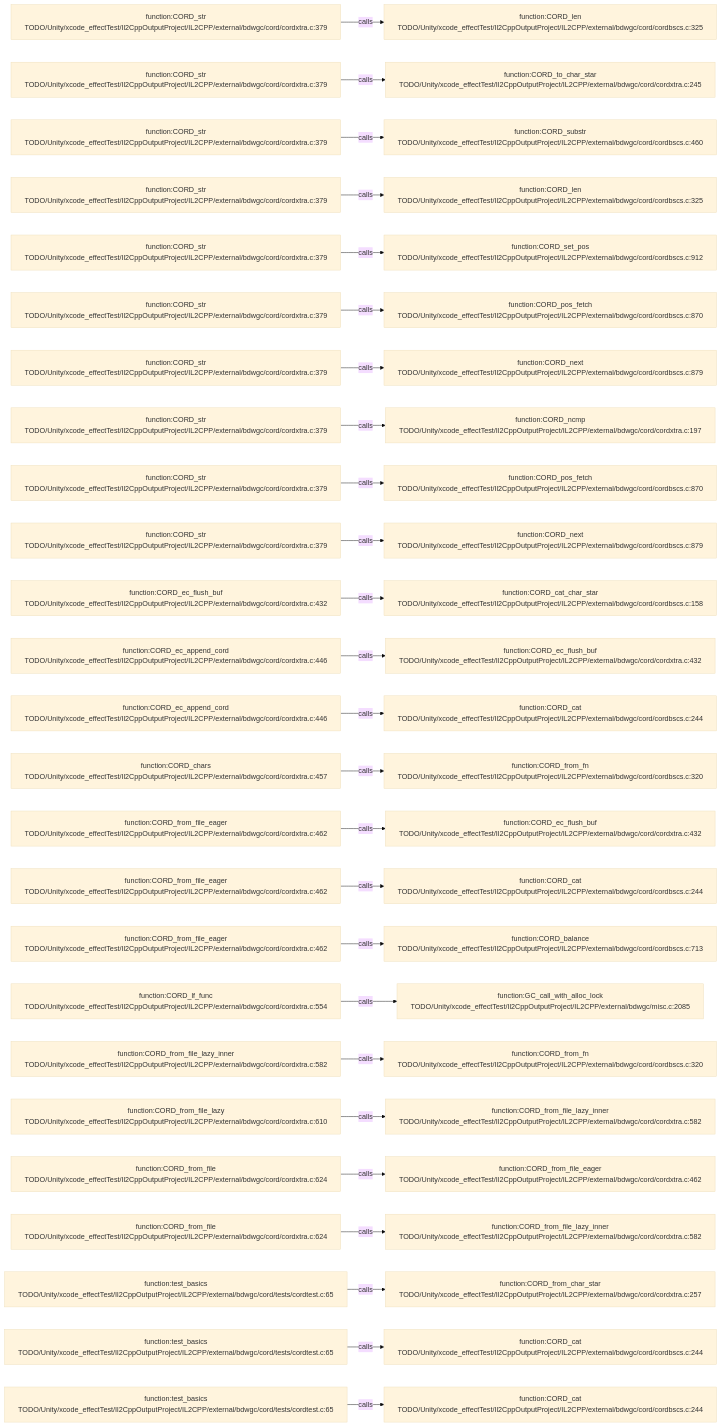
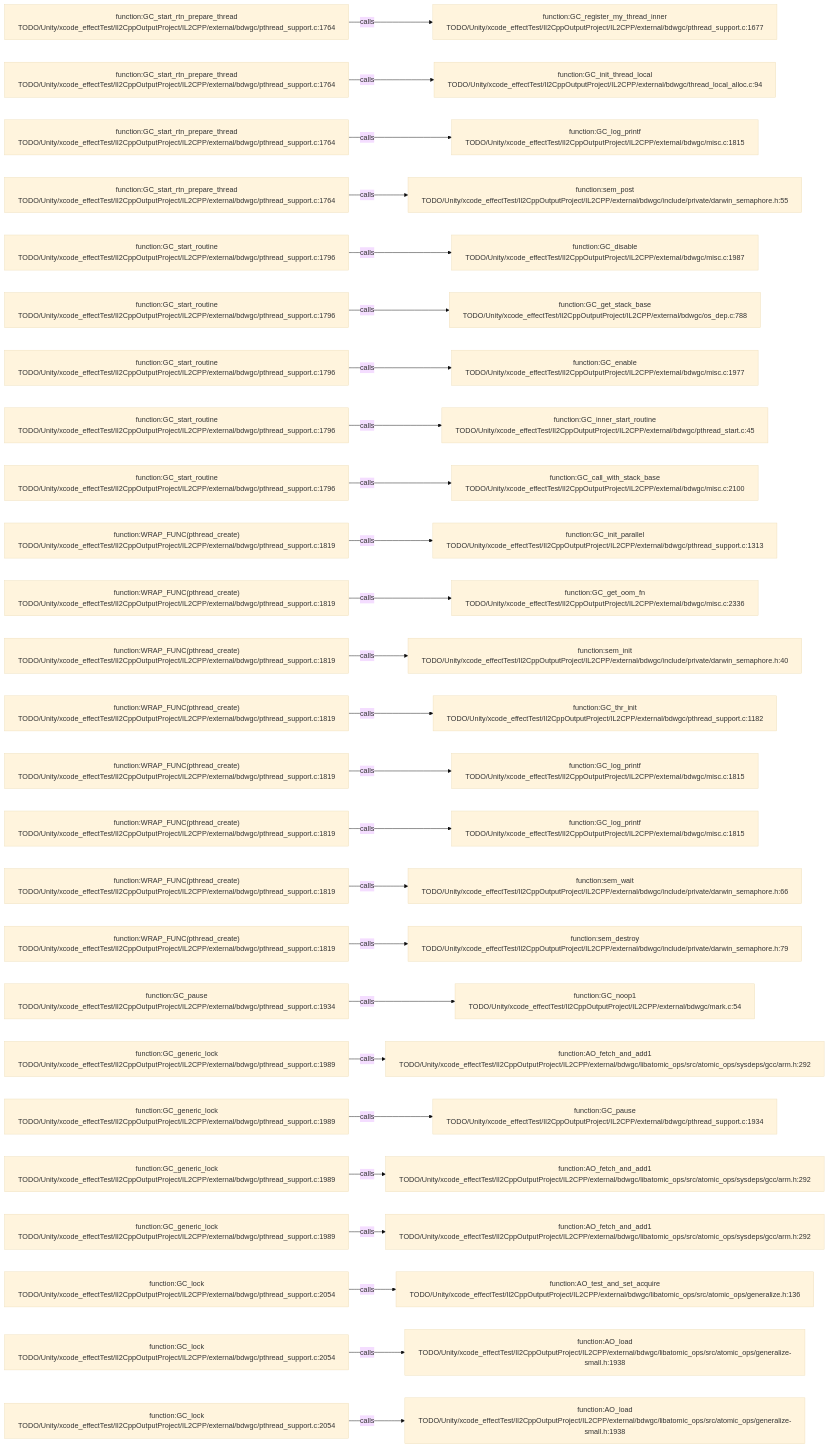
One commit to JobsKits/JobsSwiftBaseConfigDemo changed the diagram in .codegraph/codegraph.md/graphs/calls-155.md. Above: the diagram before and after it, drawn with Mermaid (base theme). The commit also changed 227 other files, not shown here.

````diff
--- a/.codegraph/codegraph.md/graphs/calls-155.md
+++ b/.codegraph/codegraph.md/graphs/calls-155.md
@@ -13,78 +13,78 @@
 ```mermaid
 flowchart LR
-  S1["function:CORD_str<br/>TODO/Unity/xcode_effectTest/Il2CppOutputProject/IL2CPP/external/bdwgc/cord/cordxtra.c:379"]
-  T1["function:CORD_len<br/>TODO/Unity/xcode_effectTest/Il2CppOutputProject/IL2CPP/external/bdwgc/cord/cordbscs.c:325"]
+  S1["function:GC_start_rtn_prepare_thread<br/>TODO/Unity/xcode_effectTest/Il2CppOutputProject/IL2CPP/external/bdwgc/pthread_support.c:1764"]
+  T1["function:GC_register_my_thread_inner<br/>TODO/Unity/xcode_effectTest/Il2CppOutputProject/IL2CPP/external/bdwgc/pthread_support.c:1677"]
   S1 -->|calls| T1
-  S2["function:CORD_str<br/>TODO/Unity/xcode_effectTest/Il2CppOutputProject/IL2CPP/external/bdwgc/cord/cordxtra.c:379"]
-  T2["function:CORD_to_char_star<br/>TODO/Unity/xcode_effectTest/Il2CppOutputProject/IL2CPP/external/bdwgc/cord/cordxtra.c:245"]
+  S2["function:GC_start_rtn_prepare_thread<br/>TODO/Unity/xcode_effectTest/Il2CppOutputProject/IL2CPP/external/bdwgc/pthread_support.c:1764"]
+  T2["function:GC_init_thread_local<br/>TODO/Unity/xcode_effectTest/Il2CppOutputProject/IL2CPP/external/bdwgc/thread_local_alloc.c:94"]
   S2 -->|calls| T2
-  S3["function:CORD_str<br/>TODO/Unity/xcode_effectTest/Il2CppOutputProject/IL2CPP/external/bdwgc/cord/cordxtra.c:379"]
-  T3["function:CORD_substr<br/>TODO/Unity/xcode_effectTest/Il2CppOutputProject/IL2CPP/external/bdwgc/cord/cordbscs.c:460"]
+  S3["function:GC_start_rtn_prepare_thread<br/>TODO/Unity/xcode_effectTest/Il2CppOutputProject/IL2CPP/external/bdwgc/pthread_support.c:1764"]
+  T3["function:GC_log_printf<br/>TODO/Unity/xcode_effectTest/Il2CppOutputProject/IL2CPP/external/bdwgc/misc.c:1815"]
   S3 -->|calls| T3
-  S4["function:CORD_str<br/>TODO/Unity/xcode_effectTest/Il2CppOutputProject/IL2CPP/external/bdwgc/cord/cordxtra.c:379"]
-  T4["function:CORD_len<br/>TODO/Unity/xcode_effectTest/Il2CppOutputProject/IL2CPP/external/bdwgc/cord/cordbscs.c:325"]
+  S4["function:GC_start_rtn_prepare_thread<br/>TODO/Unity/xcode_effectTest/Il2CppOutputProject/IL2CPP/external/bdwgc/pthread_support.c:1764"]
+  T4["function:sem_post<br/>TODO/Unity/xcode_effectTest/Il2CppOutputProject/IL2CPP/external/bdwgc/include/private/darwin_semaphore.h:55"]
   S4 -->|calls| T4
-  S5["function:CORD_str<br/>TODO/Unity/xcode_effectTest/Il2CppOutputProject/IL2CPP/external/bdwgc/cord/cordxtra.c:379"]
-  T5["function:CORD_set_pos<br/>TODO/Unity/xcode_effectTest/Il2CppOutputProject/IL2CPP/external/bdwgc/cord/cordbscs.c:912"]
+  S5["function:GC_start_routine<br/>TODO/Unity/xcode_effectTest/Il2CppOutputProject/IL2CPP/external/bdwgc/pthread_support.c:1796"]
+  T5["function:GC_disable<br/>TODO/Unity/xcode_effectTest/Il2CppOutputProject/IL2CPP/external/bdwgc/misc.c:1987"]
   S5 -->|calls| T5
-  S6["function:CORD_str<br/>TODO/Unity/xcode_effectTest/Il2CppOutputProject/IL2CPP/external/bdwgc/cord/cordxtra.c:379"]
-  T6["function:CORD_pos_fetch<br/>TODO/Unity/xcode_effectTest/Il2CppOutputProject/IL2CPP/external/bdwgc/cord/cordbscs.c:870"]
+  S6["function:GC_start_routine<br/>TODO/Unity/xcode_effectTest/Il2CppOutputProject/IL2CPP/external/bdwgc/pthread_support.c:1796"]
+  T6["function:GC_get_stack_base<br/>TODO/Unity/xcode_effectTest/Il2CppOutputProject/IL2CPP/external/bdwgc/os_dep.c:788"]
   S6 -->|calls| T6
-  S7["function:CORD_str<br/>TODO/Unity/xcode_effectTest/Il2CppOutputProject/IL2CPP/external/bdwgc/cord/cordxtra.c:379"]
-  T7["function:CORD_next<br/>TODO/Unity/xcode_effectTest/Il2CppOutputProject/IL2CPP/external/bdwgc/cord/cordbscs.c:879"]
+  S7["function:GC_start_routine<br/>TODO/Unity/xcode_effectTest/Il2CppOutputProject/IL2CPP/external/bdwgc/pthread_support.c:1796"]
+  T7["function:GC_enable<br/>TODO/Unity/xcode_effectTest/Il2CppOutputProject/IL2CPP/external/bdwgc/misc.c:1977"]
   S7 -->|calls| T7
-  S8["function:CORD_str<br/>TODO/Unity/xcode_effectTest/Il2CppOutputProject/IL2CPP/external/bdwgc/cord/cordxtra.c:379"]
-  T8["function:CORD_ncmp<br/>TODO/Unity/xcode_effectTest/Il2CppOutputProject/IL2CPP/external/bdwgc/cord/cordxtra.c:197"]
+  S8["function:GC_start_routine<br/>TODO/Unity/xcode_effectTest/Il2CppOutputProject/IL2CPP/external/bdwgc/pthread_support.c:1796"]
+  T8["function:GC_inner_start_routine<br/>TODO/Unity/xcode_effectTest/Il2CppOutputProject/IL2CPP/external/bdwgc/pthread_start.c:45"]
   S8 -->|calls| T8
-  S9["function:CORD_str<br/>TODO/Unity/xcode_effectTest/Il2CppOutputProject/IL2CPP/external/bdwgc/cord/cordxtra.c:379"]
-  T9["function:CORD_pos_fetch<br/>TODO/Unity/xcode_effectTest/Il2CppOutputProject/IL2CPP/external/bdwgc/cord/cordbscs.c:870"]
+  S9["function:GC_start_routine<br/>TODO/Unity/xcode_effectTest/Il2CppOutputProject/IL2CPP/external/bdwgc/pthread_support.c:1796"]
+  T9["function:GC_call_with_stack_base<br/>TODO/Unity/xcode_effectTest/Il2CppOutputProject/IL2CPP/external/bdwgc/misc.c:2100"]
   S9 -->|calls| T9
-  S10["function:CORD_str<br/>TODO/Unity/xcode_effectTest/Il2CppOutputProject/IL2CPP/external/bdwgc/cord/cordxtra.c:379"]
-  T10["function:CORD_next<br/>TODO/Unity/xcode_effectTest/Il2CppOutputProject/IL2CPP/external/bdwgc/cord/cordbscs.c:879"]
+  S10["function:WRAP_FUNC(pthread_create)<br/>TODO/Unity/xcode_effectTest/Il2CppOutputProject/IL2CPP/external/bdwgc/pthread_support.c:1819"]
+  T10["function:GC_init_parallel<br/>TODO/Unity/xcode_effectTest/Il2CppOutputProject/IL2CPP/external/bdwgc/pthread_support.c:1313"]
   S10 -->|calls| T10
-  S11["function:CORD_ec_flush_buf<br/>TODO/Unity/xcode_effectTest/Il2CppOutputProject/IL2CPP/external/bdwgc/cord/cordxtra.c:432"]
-  T11["function:CORD_cat_char_star<br/>TODO/Unity/xcode_effectTest/Il2CppOutputProject/IL2CPP/external/bdwgc/cord/cordbscs.c:158"]
+  S11["function:WRAP_FUNC(pthread_create)<br/>TODO/Unity/xcode_effectTest/Il2CppOutputProject/IL2CPP/external/bdwgc/pthread_support.c:1819"]
+  T11["function:GC_get_oom_fn<br/>TODO/Unity/xcode_effectTest/Il2CppOutputProject/IL2CPP/external/bdwgc/misc.c:2336"]
   S11 -->|calls| T11
-  S12["function:CORD_ec_append_cord<br/>TODO/Unity/xcode_effectTest/Il2CppOutputProject/IL2CPP/external/bdwgc/cord/cordxtra.c:446"]
-  T12["function:CORD_ec_flush_buf<br/>TODO/Unity/xcode_effectTest/Il2CppOutputProject/IL2CPP/external/bdwgc/cord/cordxtra.c:432"]
+  S12["function:WRAP_FUNC(pthread_create)<br/>TODO/Unity/xcode_effectTest/Il2CppOutputProject/IL2CPP/external/bdwgc/pthread_support.c:1819"]
+  T12["function:sem_init<br/>TODO/Unity/xcode_effectTest/Il2CppOutputProject/IL2CPP/external/bdwgc/include/private/darwin_semaphore.h:40"]
   S12 -->|calls| T12
-  S13["function:CORD_ec_append_cord<br/>TODO/Unity/xcode_effectTest/Il2CppOutputProject/IL2CPP/external/bdwgc/cord/cordxtra.c:446"]
-  T13["function:CORD_cat<br/>TODO/Unity/xcode_effectTest/Il2CppOutputProject/IL2CPP/external/bdwgc/cord/cordbscs.c:244"]
+  S13["function:WRAP_FUNC(pthread_create)<br/>TODO/Unity/xcode_effectTest/Il2CppOutputProject/IL2CPP/external/bdwgc/pthread_support.c:1819"]
+  T13["function:GC_thr_init<br/>TODO/Unity/xcode_effectTest/Il2CppOutputProject/IL2CPP/external/bdwgc/pthread_support.c:1182"]
   S13 -->|calls| T13
-  S14["function:CORD_chars<br/>TODO/Unity/xcode_effectTest/Il2CppOutputProject/IL2CPP/external/bdwgc/cord/cordxtra.c:457"]
-  T14["function:CORD_from_fn<br/>TODO/Unity/xcode_effectTest/Il2CppOutputProject/IL2CPP/external/bdwgc/cord/cordbscs.c:320"]
+  S14["function:WRAP_FUNC(pthread_create)<br/>TODO/Unity/xcode_effectTest/Il2CppOutputProject/IL2CPP/external/bdwgc/pthread_support.c:1819"]
+  T14["function:GC_log_printf<br/>TODO/Unity/xcode_effectTest/Il2CppOutputProject/IL2CPP/external/bdwgc/misc.c:1815"]
   S14 -->|calls| T14
-  S15["function:CORD_from_file_eager<br/>TODO/Unity/xcode_effectTest/Il2CppOutputProject/IL2CPP/external/bdwgc/cord/cordxtra.c:462"]
-  T15["function:CORD_ec_flush_buf<br/>TODO/Unity/xcode_effectTest/Il2CppOutputProject/IL2CPP/external/bdwgc/cord/cordxtra.c:432"]
+  S15["function:WRAP_FUNC(pthread_create)<br/>TODO/Unity/xcode_effectTest/Il2CppOutputProject/IL2CPP/external/bdwgc/pthread_support.c:1819"]
+  T15["function:GC_log_printf<br/>TODO/Unity/xcode_effectTest/Il2CppOutputProject/IL2CPP/external/bdwgc/misc.c:1815"]
   S15 -->|calls| T15
-  S16["function:CORD_from_file_eager<br/>TODO/Unity/xcode_effectTest/Il2CppOutputProject/IL2CPP/external/bdwgc/cord/cordxtra.c:462"]
-  T16["function:CORD_cat<br/>TODO/Unity/xcode_effectTest/Il2CppOutputProject/IL2CPP/external/bdwgc/cord/cordbscs.c:244"]
+  S16["function:WRAP_FUNC(pthread_create)<br/>TODO/Unity/xcode_effectTest/Il2CppOutputProject/IL2CPP/external/bdwgc/pthread_support.c:1819"]
+  T16["function:sem_wait<br/>TODO/Unity/xcode_effectTest/Il2CppOutputProject/IL2CPP/external/bdwgc/include/private/darwin_semaphore.h:66"]
   S16 -->|calls| T16
-  S17["function:CORD_from_file_eager<br/>TODO/Unity/xcode_effectTest/Il2CppOutputProject/IL2CPP/external/bdwgc/cord/cordxtra.c:462"]
-  T17["function:CORD_balance<br/>TODO/Unity/xcode_effectTest/Il2CppOutputProject/IL2CPP/external/bdwgc/cord/cordbscs.c:713"]
+  S17["function:WRAP_FUNC(pthread_create)<br/>TODO/Unity/xcode_effectTest/Il2CppOutputProject/IL2CPP/external/bdwgc/pthread_support.c:1819"]
+  T17["function:sem_destroy<br/>TODO/Unity/xcode_effectTest/Il2CppOutputProject/IL2CPP/external/bdwgc/include/private/darwin_semaphore.h:79"]
   S17 -->|calls| T17
-  S18["function:CORD_lf_func<br/>TODO/Unity/xcode_effectTest/Il2CppOutputProject/IL2CPP/external/bdwgc/cord/cordxtra.c:554"]
-  T18["function:GC_call_with_alloc_lock<br/>TODO/Unity/xcode_effectTest/Il2CppOutputProject/IL2CPP/external/bdwgc/misc.c:2085"]
+  S18["function:GC_pause<br/>TODO/Unity/xcode_effectTest/Il2CppOutputProject/IL2CPP/external/bdwgc/pthread_support.c:1934"]
+  T18["function:GC_noop1<br/>TODO/Unity/xcode_effectTest/Il2CppOutputProject/IL2CPP/external/bdwgc/mark.c:54"]
   S18 -->|calls| T18
-  S19["function:CORD_from_file_lazy_inner<br/>TODO/Unity/xcode_effectTest/Il2CppOutputProject/IL2CPP/external/bdwgc/cord/cordxtra.c:582"]
-  T19["function:CORD_from_fn<br/>TODO/Unity/xcode_effectTest/Il2CppOutputProject/IL2CPP/external/bdwgc/cord/cordbscs.c:320"]
+  S19["function:GC_generic_lock<br/>TODO/Unity/xcode_effectTest/Il2CppOutputProject/IL2CPP/external/bdwgc/pthread_support.c:1989"]
+  T19["function:AO_fetch_and_add1<br/>TODO/Unity/xcode_effectTest/Il2CppOutputProject/IL2CPP/external/bdwgc/libatomic_ops/src/atomic_ops/sysdeps/gcc/arm.h:292"]
   S19 -->|calls| T19
-  S20["function:CORD_from_file_lazy<br/>TODO/Unity/xcode_effectTest/Il2CppOutputProject/IL2CPP/external/bdwgc/cord/cordxtra.c:610"]
-  T20["function:CORD_from_file_lazy_inner<br/>TODO/Unity/xcode_effectTest/Il2CppOutputProject/IL2CPP/external/bdwgc/cord/cordxtra.c:582"]
+  S20["function:GC_generic_lock<br/>TODO/Unity/xcode_effectTest/Il2CppOutputProject/IL2CPP/external/bdwgc/pthread_support.c:1989"]
+  T20["function:GC_pause<br/>TODO/Unity/xcode_effectTest/Il2CppOutputProject/IL2CPP/external/bdwgc/pthread_support.c:1934"]
   S20 -->|calls| T20
-  S21["function:CORD_from_file<br/>TODO/Unity/xcode_effectTest/Il2CppOutputProject/IL2CPP/external/bdwgc/cord/cordxtra.c:624"]
-  T21["function:CORD_from_file_eager<br/>TODO/Unity/xcode_effectTest/Il2CppOutputProject/IL2CPP/external/bdwgc/cord/cordxtra.c:462"]
+  S21["function:GC_generic_lock<br/>TODO/Unity/xcode_effectTest/Il2CppOutputProject/IL2CPP/external/bdwgc/pthread_support.c:1989"]
+  T21["function:AO_fetch_and_add1<br/>TODO/Unity/xcode_effectTest/Il2CppOutputProject/IL2CPP/external/bdwgc/libatomic_ops/src/atomic_ops/sysdeps/gcc/arm.h:292"]
   S21 -->|calls| T21
-  S22["function:CORD_from_file<br/>TODO/Unity/xcode_effectTest/Il2CppOutputProject/IL2CPP/external/bdwgc/cord/cordxtra.c:624"]
-  T22["function:CORD_from_file_lazy_inner<br/>TODO/Unity/xcode_effectTest/Il2CppOutputProject/IL2CPP/external/bdwgc/cord/cordxtra.c:582"]
+  S22["function:GC_generic_lock<br/>TODO/Unity/xcode_effectTest/Il2CppOutputProject/IL2CPP/external/bdwgc/pthread_support.c:1989"]
+  T22["function:AO_fetch_and_add1<br/>TODO/Unity/xcode_effectTest/Il2CppOutputProject/IL2CPP/external/bdwgc/libatomic_ops/src/atomic_ops/sysdeps/gcc/arm.h:292"]
   S22 -->|calls| T22
-  S23["function:test_basics<br/>TODO/Unity/xcode_effectTest/Il2CppOutputProject/IL2CPP/external/bdwgc/cord/tests/cordtest.c:65"]
-  T23["function:CORD_from_char_star<br/>TODO/Unity/xcode_effectTest/Il2CppOutputProject/IL2CPP/external/bdwgc/cord/cordxtra.c:257"]
+  S23["function:GC_lock<br/>TODO/Unity/xcode_effectTest/Il2CppOutputProject/IL2CPP/external/bdwgc/pthread_support.c:2054"]
+  T23["function:AO_test_and_set_acquire<br/>TODO/Unity/xcode_effectTest/Il2CppOutputProject/IL2CPP/external/bdwgc/libatomic_ops/src/atomic_ops/generalize.h:136"]
   S23 -->|calls| T23
-  S24["function:test_basics<br/>TODO/Unity/xcode_effectTest/Il2CppOutputProject/IL2CPP/external/bdwgc/cord/tests/cordtest.c:65"]
-  T24["function:CORD_cat<br/>TODO/Unity/xcode_effectTest/Il2CppOutputProject/IL2CPP/external/bdwgc/cord/cordbscs.c:244"]
+  S24["function:GC_lock<br/>TODO/Unity/xcode_effectTest/Il2CppOutputProject/IL2CPP/external/bdwgc/pthread_support.c:2054"]
+  T24["function:AO_load<br/>TODO/Unity/xcode_effectTest/Il2CppOutputProject/IL2CPP/external/bdwgc/libatomic_ops/src/atomic_ops/generalize-small.h:1938"]
   S24 -->|calls| T24
-  S25["function:test_basics<br/>TODO/Unity/xcode_effectTest/Il2CppOutputProject/IL2CPP/external/bdwgc/cord/tests/cordtest.c:65"]
-  T25["function:CORD_cat<br/>TODO/Unity/xcode_effectTest/Il2CppOutputProject/IL2CPP/external/bdwgc/cord/cordbscs.c:244"]
+  S25["function:GC_lock<br/>TODO/Unity/xcode_effectTest/Il2CppOutputProject/IL2CPP/external/bdwgc/pthread_support.c:2054"]
+  T25["function:AO_load<br/>TODO/Unity/xcode_effectTest/Il2CppOutputProject/IL2CPP/external/bdwgc/libatomic_ops/src/atomic_ops/generalize-small.h:1938"]
   S25 -->|calls| T25
 ```
````
